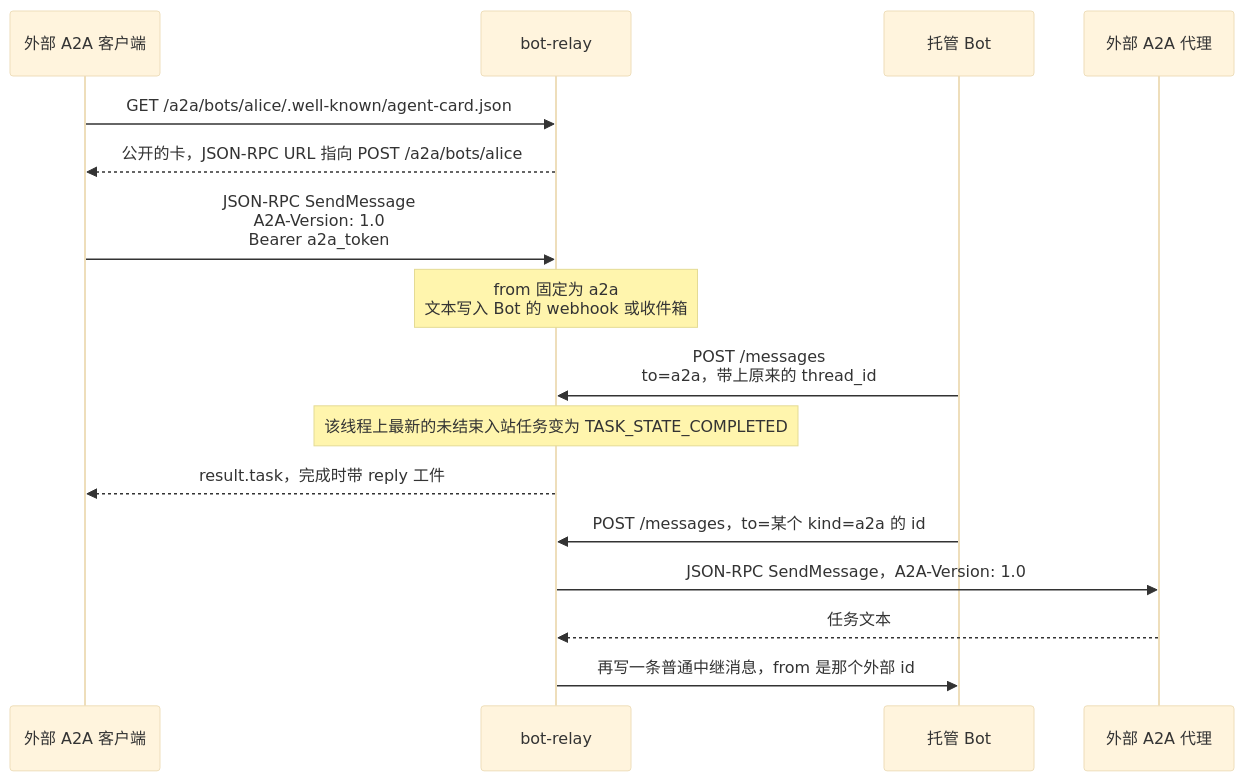
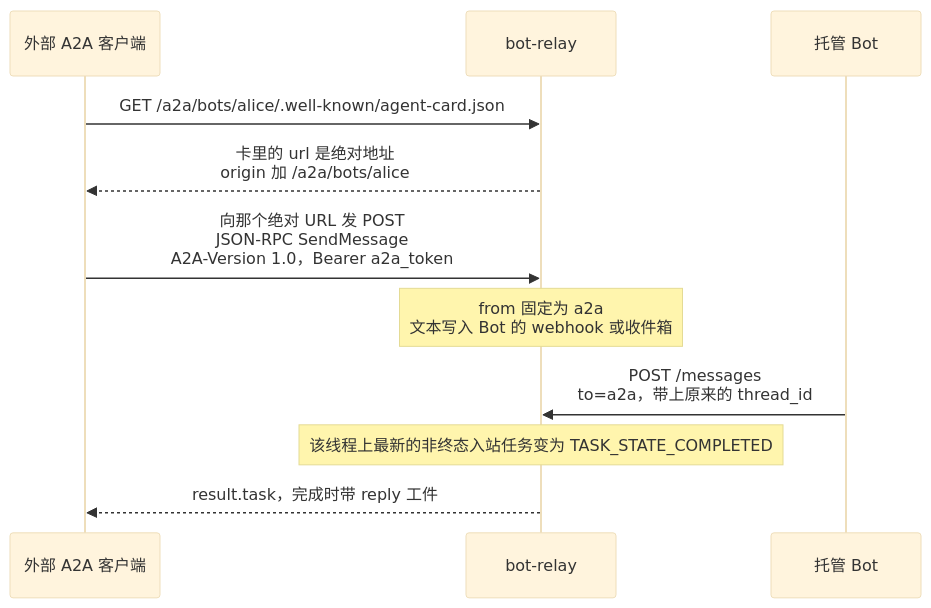
Before and after one commit to northernsong/bot-relay: the fourth of 6 diagrams in docs/ARCHITECTURE_AND_USAGE.md, drawn with Mermaid (base theme). The commit also changed other lines of this file and 2 other files, not shown here.

````diff
--- a/docs/ARCHITECTURE_AND_USAGE.md
+++ b/docs/ARCHITECTURE_AND_USAGE.md
@@ -260,20 +273,14 @@
 ```mermaid
 sequenceDiagram
   participant E as 外部 A2A 客户端
   participant R as bot-relay
   participant Bot as 托管 Bot
-  participant Remote as 外部 A2A 代理
 
   E->>R: GET /a2a/bots/alice/.well-known/agent-card.json
-  R-->>E: 公开的卡，JSON-RPC URL 指向 POST /a2a/bots/alice
-  E->>R: JSON-RPC SendMessage<br/>A2A-Version: 1.0<br/>Bearer a2a_token
+  R-->>E: 卡里的 url 是绝对地址<br/>origin 加 /a2a/bots/alice
+  E->>R: 向那个绝对 URL 发 POST<br/>JSON-RPC SendMessage<br/>A2A-Version 1.0，Bearer a2a_token
   Note over R: from 固定为 a2a<br/>文本写入 Bot 的 webhook 或收件箱
   Bot->>R: POST /messages<br/>to=a2a，带上原来的 thread_id
-  Note over R: 该线程上最新的未结束入站任务变为 TASK_STATE_COMPLETED
+  Note over R: 该线程上最新的非终态入站任务变为 TASK_STATE_COMPLETED
   R-->>E: result.task，完成时带 reply 工件
-
-  Bot->>R: POST /messages，to=某个 kind=a2a 的 id
-  R->>Remote: JSON-RPC SendMessage，A2A-Version: 1.0
-  Remote-->>R: 任务文本
-  R->>Bot: 再写一条普通中继消息，from 是那个外部 id
 ```
````
